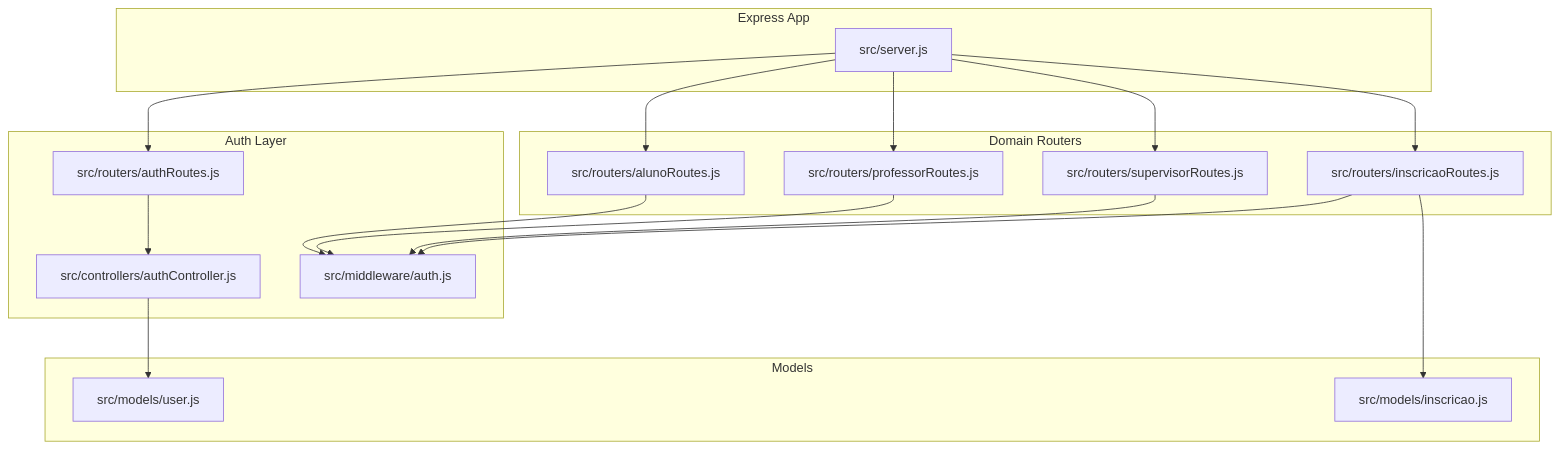
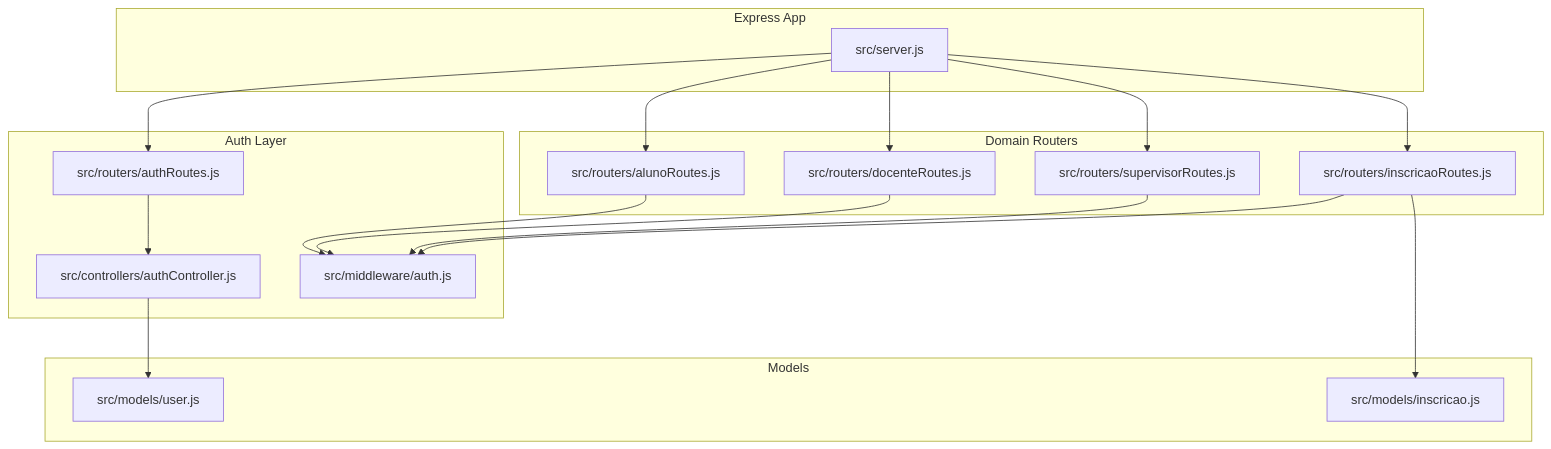
The first of 7 diagrams in .qoder/repowiki/en/content/Middleware & Security.md (luiseduacosta/nodemural), drawn with Mermaid before and after one commit. The commit also changed other lines of this file and 27 other files, not shown here.

````diff
--- a/.qoder/repowiki/en/content/Middleware & Security.md
+++ b/.qoder/repowiki/en/content/Middleware & Security.md
@@ -43,33 +43,33 @@
 ```mermaid
 graph TB
 subgraph "Express App"
 S["src/server.js"]
 end
 subgraph "Auth Layer"
 MW["src/middleware/auth.js"]
 AR["src/routers/authRoutes.js"]
 AC["src/controllers/authController.js"]
 end
 subgraph "Domain Routers"
 AL["src/routers/alunoRoutes.js"]
-DO["src/routers/professorRoutes.js"]
+DO["src/routers/docenteRoutes.js"]
 SU["src/routers/supervisorRoutes.js"]
 IN["src/routers/inscricaoRoutes.js"]
 end
 subgraph "Models"
 UM["src/models/user.js"]
 IM["src/models/inscricao.js"]
 end
 S --> AR
 S --> AL
 S --> DO
 S --> SU
 S --> IN
 AR --> AC
 AL --> MW
 DO --> MW
 SU --> MW
 IN --> MW
 AC --> UM
 IN --> IM
 ```
````
